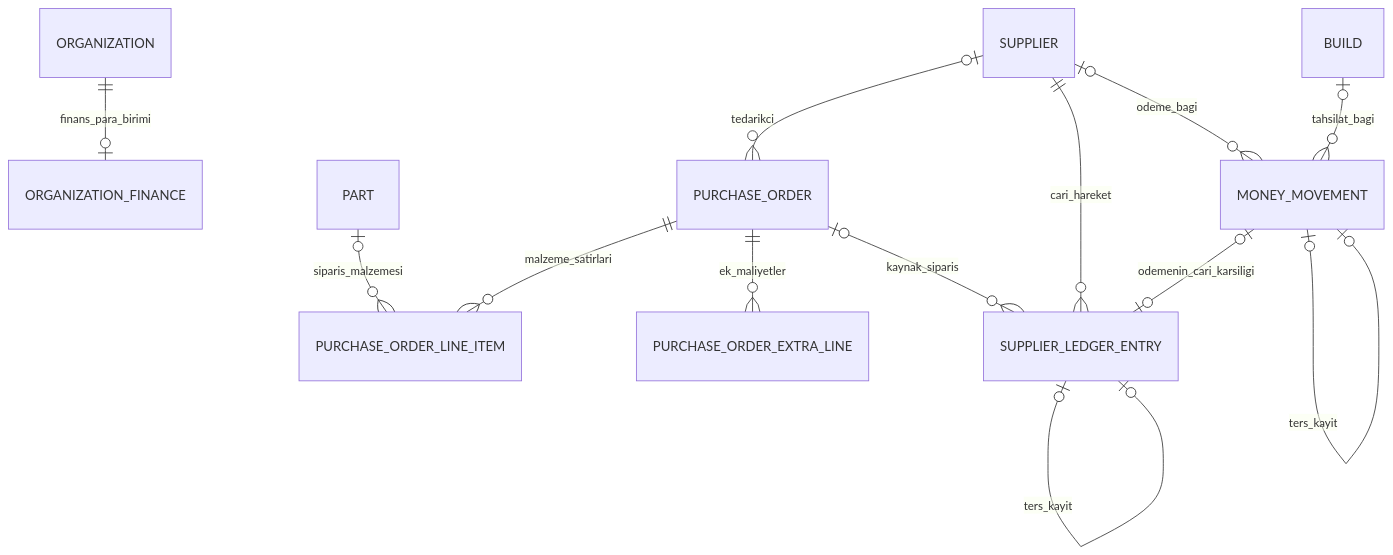
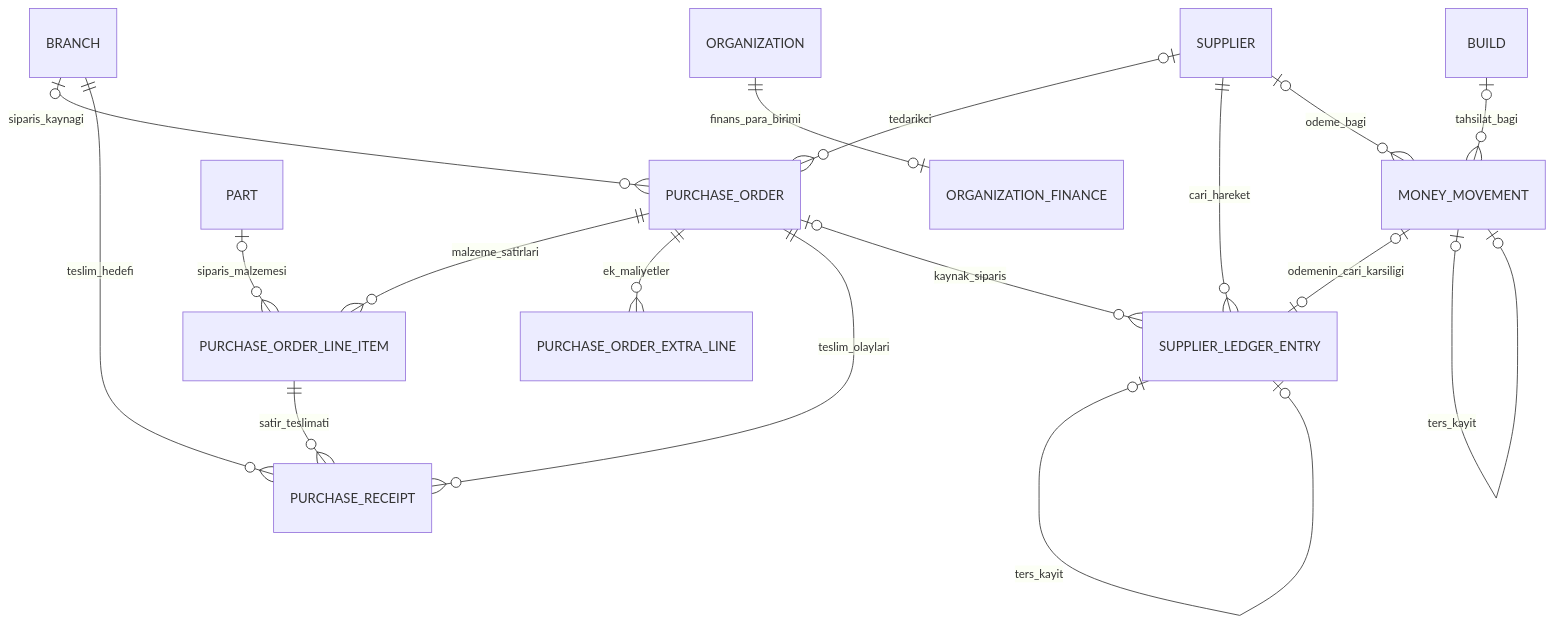
One commit to suheyldroid/simayi-erp changed the fourth of 4 diagrams in docs/proje-mimarisi.md. Above: the diagram before and after it, drawn with Mermaid. The commit also changed other lines of this file and 458 other files, not shown here.

````diff
--- a/docs/proje-mimarisi.md
+++ b/docs/proje-mimarisi.md
@@ -236,19 +250,24 @@
 ```mermaid
 erDiagram
     SUPPLIER o|--o{ PURCHASE_ORDER : tedarikci
     PURCHASE_ORDER ||--o{ PURCHASE_ORDER_LINE_ITEM : malzeme_satirlari
     PURCHASE_ORDER ||--o{ PURCHASE_ORDER_EXTRA_LINE : ek_maliyetler
     PART o|--o{ PURCHASE_ORDER_LINE_ITEM : siparis_malzemesi
+
+    BRANCH o|--o{ PURCHASE_ORDER : siparis_kaynagi
+    PURCHASE_ORDER ||--o{ PURCHASE_RECEIPT : teslim_olaylari
+    PURCHASE_ORDER_LINE_ITEM ||--o{ PURCHASE_RECEIPT : satir_teslimati
+    BRANCH ||--o{ PURCHASE_RECEIPT : teslim_hedefi
 
     ORGANIZATION ||--o| ORGANIZATION_FINANCE : finans_para_birimi
 
     SUPPLIER ||--o{ SUPPLIER_LEDGER_ENTRY : cari_hareket
     PURCHASE_ORDER o|--o{ SUPPLIER_LEDGER_ENTRY : kaynak_siparis
 
     SUPPLIER o|--o{ MONEY_MOVEMENT : odeme_bagi
     BUILD o|--o{ MONEY_MOVEMENT : tahsilat_bagi
     MONEY_MOVEMENT o|--o| SUPPLIER_LEDGER_ENTRY : odemenin_cari_karsiligi
 
     MONEY_MOVEMENT o|--o| MONEY_MOVEMENT : ters_kayit
     SUPPLIER_LEDGER_ENTRY o|--o| SUPPLIER_LEDGER_ENTRY : ters_kayit
 ```
````
